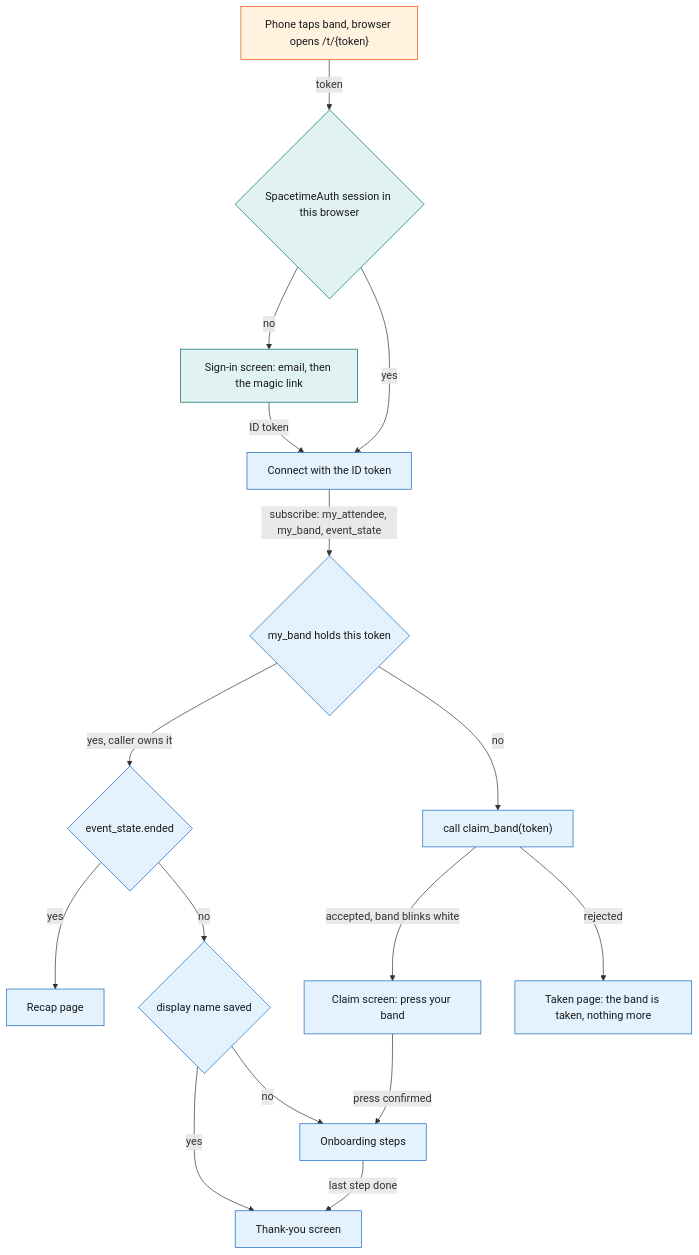
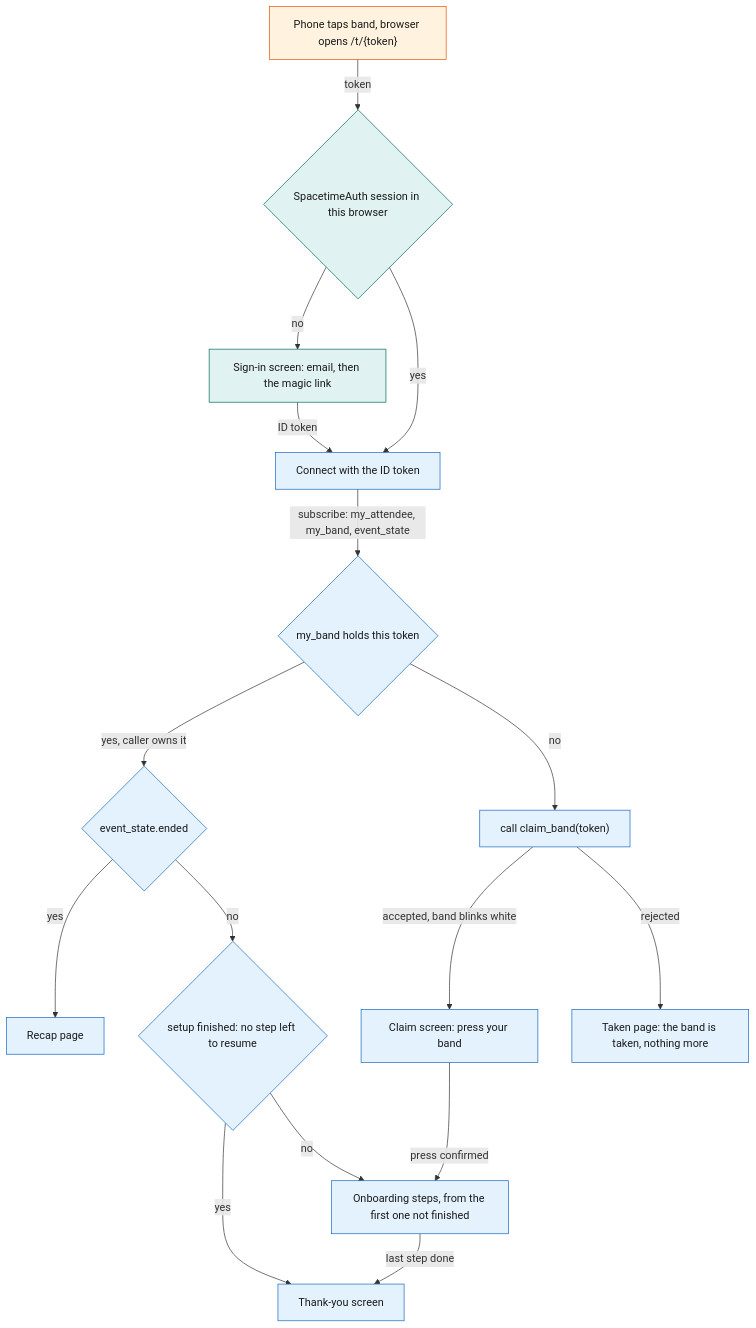
The first of 4 diagrams in System Design/5-apps/Attendee-App.md (viktorinkov/cal-hacks-13), drawn with Mermaid before and after one commit. The commit also changed other lines of this file and 20 other files, not shown here.

````diff
--- a/System Design/5-apps/Attendee-App.md
+++ b/System Design/5-apps/Attendee-App.md
@@ -66,24 +69,24 @@
 ```mermaid
 flowchart TD
     Tap["Phone taps band, browser opens /t/{token}"] -->|"token"| Sess{"SpacetimeAuth session in this browser"}
     Sess -->|"no"| SignIn["Sign-in screen: email, then the magic link"]
     SignIn -->|"ID token"| Conn["Connect with the ID token"]
     Sess -->|"yes"| Conn
     Conn -->|"subscribe: my_attendee, my_band, event_state"| Mine{"my_band holds this token"}
     Mine -->|"yes, caller owns it"| Ended{"event_state.ended"}
     Ended -->|"yes"| Recap["Recap page"]
-    Ended -->|"no"| Named{"display name saved"}
+    Ended -->|"no"| Named{"setup finished: no step left to resume"}
     Named -->|"yes"| Thanks["Thank-you screen"]
-    Named -->|"no"| Onb["Onboarding steps"]
+    Named -->|"no"| Onb["Onboarding steps, from the first one not finished"]
     Mine -->|"no"| Start["call claim_band(token)"]
     Start -->|"accepted, band blinks white"| Claim["Claim screen: press your band"]
     Start -->|"rejected"| Taken["Taken page: the band is taken, nothing more"]
     Claim -->|"press confirmed"| Onb
     Onb -->|"last step done"| Thanks
     classDef web fill:#E3F2FD,stroke:#1565C0,color:#1A1A1A
     classDef device fill:#FFF3E0,stroke:#E65100,color:#1A1A1A
     classDef ext fill:#E0F2F1,stroke:#00695C,color:#1A1A1A
     class Conn,Mine,Ended,Named,Start,Claim,Onb,Thanks,Recap,Taken web
     class Tap device
     class Sess,SignIn ext
 ```
````
